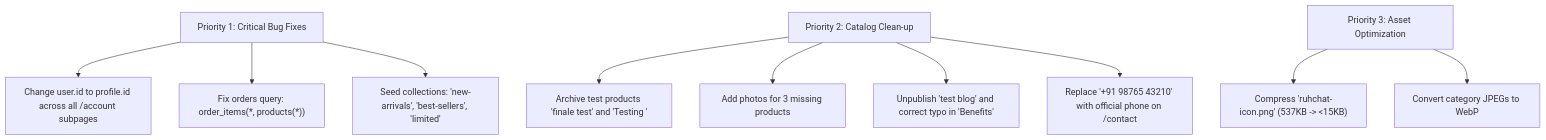
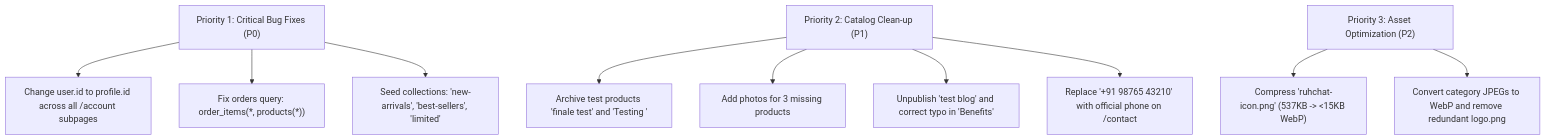
One commit to Ruhvi2026/Ruhvi changed the second of 2 diagrams in RUHVI_WEBSITE_AUDIT_REPORT.md. Above: the diagram before and after it, drawn with Mermaid. The commit also changed other lines of this file, not shown here.

````diff
--- a/RUHVI_WEBSITE_AUDIT_REPORT.md
+++ b/RUHVI_WEBSITE_AUDIT_REPORT.md
@@ -222,14 +305,14 @@
 ```mermaid
 graph TD
-    A["Priority 1: Critical Bug Fixes"] --> A1["Change user.id to profile.id across all /account subpages"]
+    A["Priority 1: Critical Bug Fixes (P0)"] --> A1["Change user.id to profile.id across all /account subpages"]
     A --> A2["Fix orders query: order_items(*, products(*))"]
     A --> A3["Seed collections: 'new-arrivals', 'best-sellers', 'limited'"]
     
-    B["Priority 2: Catalog Clean-up"] --> B1["Archive test products 'finale test' and 'Testing '"]
+    B["Priority 2: Catalog Clean-up (P1)"] --> B1["Archive test products 'finale test' and 'Testing '"]
     B --> B2["Add photos for 3 missing products"]
     B --> B3["Unpublish 'test blog' and correct typo in 'Benefits'"]
     B --> B4["Replace '+91 98765 43210' with official phone on /contact"]
     
-    C["Priority 3: Asset Optimization"] --> C1["Compress 'ruhchat-icon.png' (537KB -> <15KB)"]
-    C --> C2["Convert category JPEGs to WebP"]
+    C["Priority 3: Asset Optimization (P2)"] --> C1["Compress 'ruhchat-icon.png' (537KB -> <15KB WebP)"]
+    C --> C2["Convert category JPEGs to WebP and remove redundant logo.png"]
 ```
````
